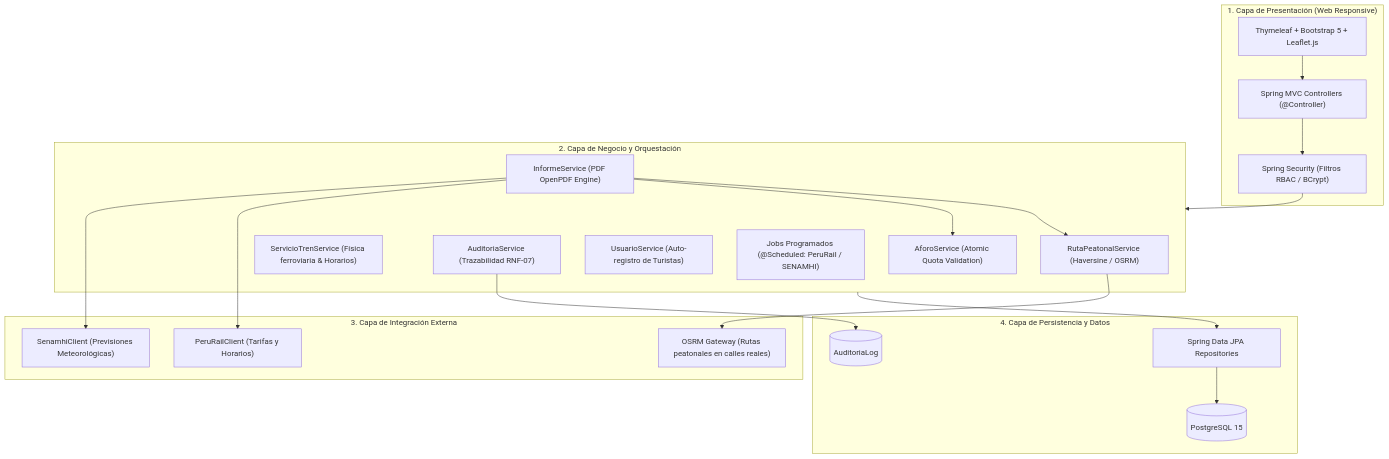
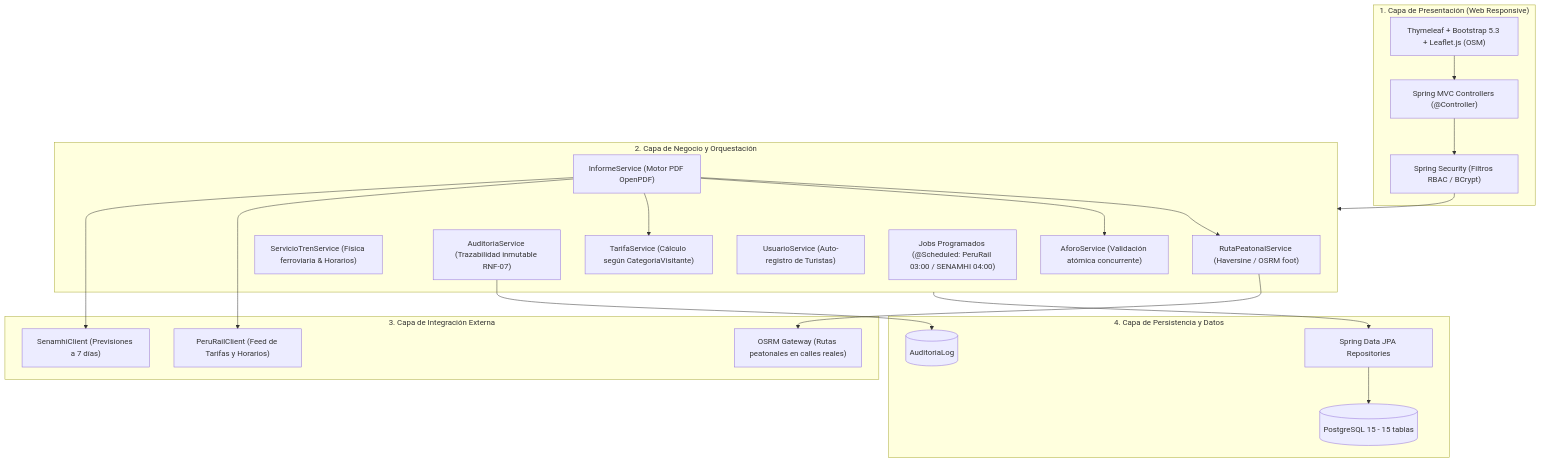
Before and after one commit to Renindstone/SOFTWARE-WEB-DEL-ASESOR-TURISTICO-FERROVIARIO-Y-PEATONAL---MTC: the diagram in README.md, drawn with Mermaid. The commit also changed other lines of this file and 5 other files, not shown here.

````diff
--- a/README.md
+++ b/README.md
@@ -51,42 +65,53 @@
 ```mermaid
 graph TD
     subgraph Capa_Presentacion ["1. Capa de Presentación (Web Responsive)"]
         UI_Web["Thymeleaf + Bootstrap 5 + Leaflet.js"]
+        UI_Web["Thymeleaf + Bootstrap 5.3 + Leaflet.js (OSM)"]
         Controllers["Spring MVC Controllers (@Controller)"]
         Security["Spring Security (Filtros RBAC / BCrypt)"]
     end
 
     subgraph Capa_Negocio ["2. Capa de Negocio y Orquestación"]
         S_Ruta["RutaPeatonalService (Haversine / OSRM)"]
         S_Aforo["AforoService (Atomic Quota Validation)"]
         S_Informe["InformeService (PDF OpenPDF Engine)"]
+        S_Ruta["RutaPeatonalService (Haversine / OSRM foot)"]
+        S_Aforo["AforoService (Validación atómica concurrente)"]
+        S_Informe["InformeService (Motor PDF OpenPDF)"]
         S_Tren["ServicioTrenService (Física ferroviaria & Horarios)"]
         S_Audit["AuditoriaService (Trazabilidad RNF-07)"]
+        S_Tarifa["TarifaService (Cálculo según CategoriaVisitante)"]
+        S_Audit["AuditoriaService (Trazabilidad inmutable RNF-07)"]
         S_User["UsuarioService (Auto-registro de Turistas)"]
         S_Jobs["Jobs Programados (@Scheduled: PeruRail / SENAMHI)"]
+        S_Jobs["Jobs Programados (@Scheduled: PeruRail 03:00 / SENAMHI 04:00)"]
     end
 
     subgraph Capa_Integracion ["3. Capa de Integración Externa"]
         Client_PR["PeruRailClient (Tarifas y Horarios)"]
         Client_SN["SenamhiClient (Previsiones Meteorológicas)"]
+        Client_PR["PeruRailClient (Feed de Tarifas y Horarios)"]
+        Client_SN["SenamhiClient (Previsiones a 7 días)"]
         Client_OSRM["OSRM Gateway (Rutas peatonales en calles reales)"]
     end
 
     subgraph Capa_Persistencia ["4. Capa de Persistencia y Datos"]
         Repo["Spring Data JPA Repositories"]
         DB[(PostgreSQL 15)]
+        DB[(PostgreSQL 15 - 15 tablas)]
         AuditDB[(AuditoriaLog)]
     end
 
     UI_Web --> Controllers
     Controllers --> Security
     Security --> Capa_Negocio
     S_Informe --> S_Ruta
     S_Informe --> S_Aforo
+    S_Informe --> S_Tarifa
     S_Informe --> Client_PR
     S_Informe --> Client_SN
     S_Ruta --> Client_OSRM
     Capa_Negocio --> Repo
     Repo --> DB
     S_Audit --> AuditDB
 ```
````
